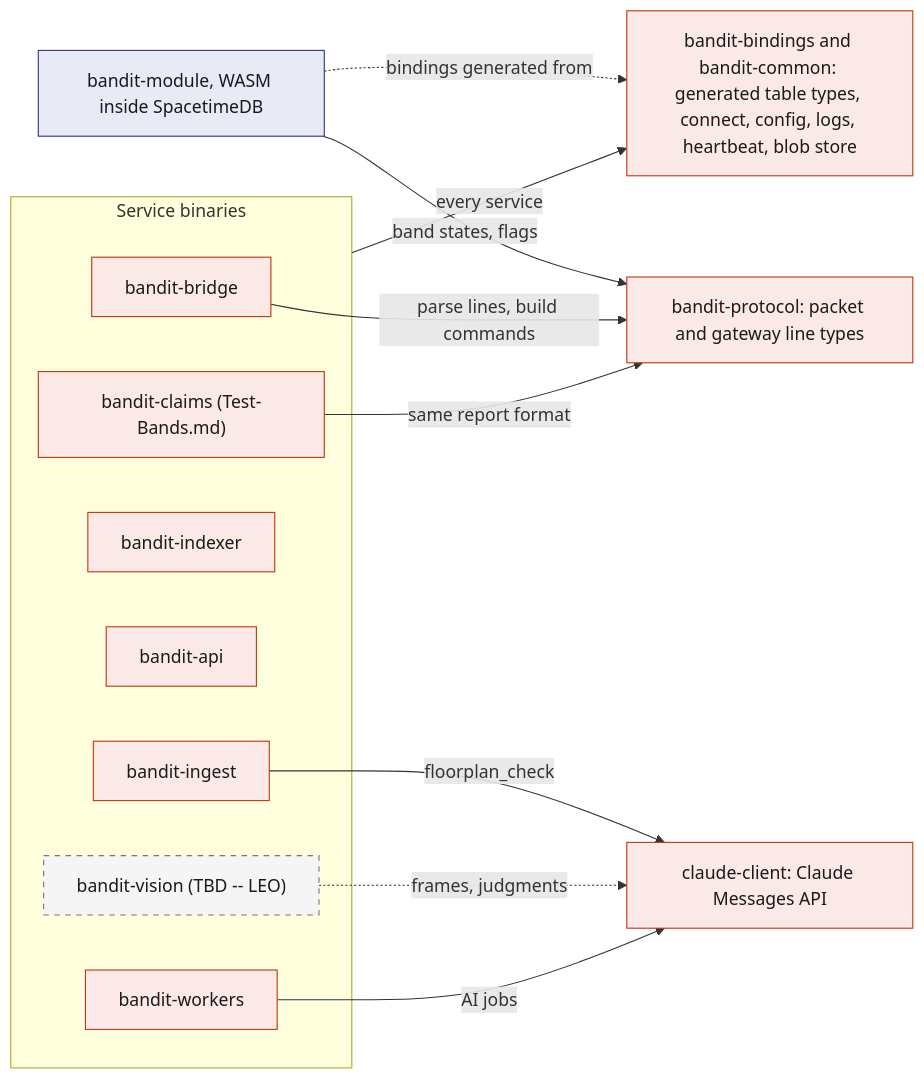
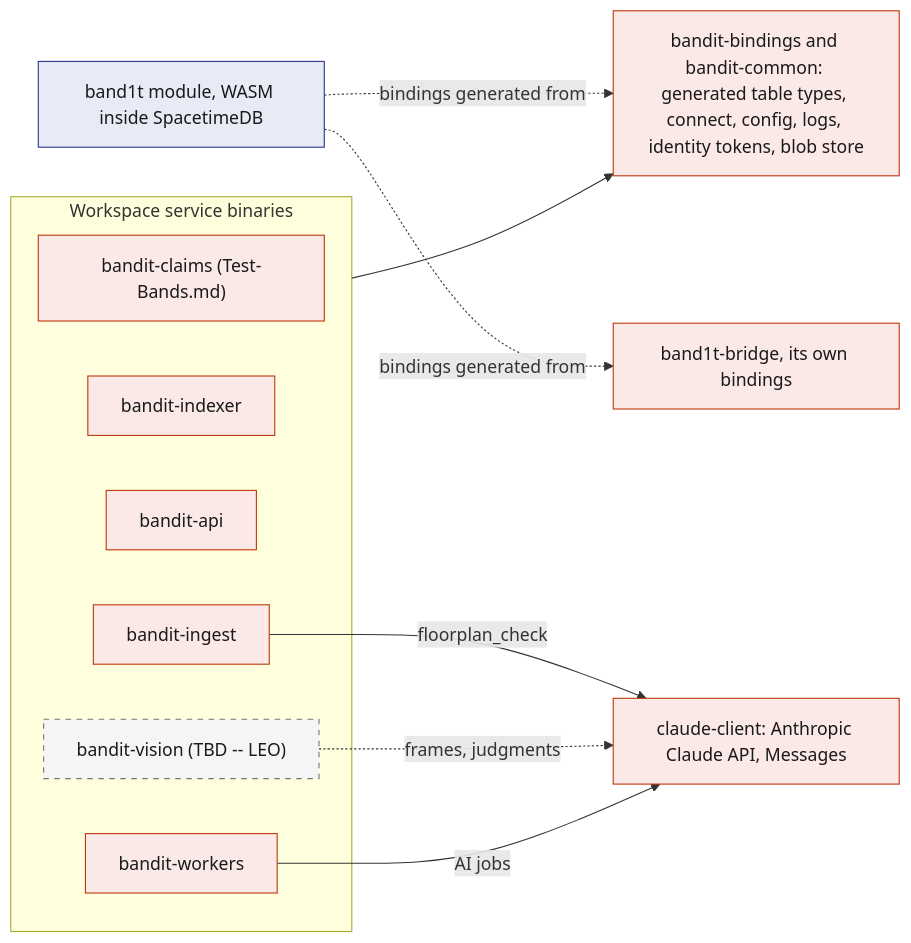
The first of 4 diagrams in System Design/3-services/Rust-Backend.md (viktorinkov/cal-hacks-13), drawn with Mermaid before and after one commit. The commit also changed other lines of this file and 26 other files, not shown here.

````diff
--- a/System Design/3-services/Rust-Backend.md
+++ b/System Design/3-services/Rust-Backend.md
@@ -44,32 +48,29 @@
 ```mermaid
 flowchart LR
-  Module["bandit-module, WASM inside SpacetimeDB"]
-  subgraph Services["Service binaries"]
-    Bridge["bandit-bridge"]
+  Module["band1t module, WASM inside SpacetimeDB"]
+  Bridge["band1t-bridge, its own bindings"]
+  subgraph Services["Workspace service binaries"]
     Sim["bandit-claims (Test-Bands.md)"]
     Indexer["bandit-indexer"]
     API["bandit-api"]
     Ingest["bandit-ingest"]
     Vision["bandit-vision (TBD -- LEO)"]
     Workers["bandit-workers"]
   end
-  Shared["bandit-bindings and bandit-common: generated table types, connect, config, logs, heartbeat, blob store"]
-  Protocol["bandit-protocol: packet and gateway line types"]
-  ClaudeC["claude-client: Claude Messages API"]
+  Shared["bandit-bindings and bandit-common: generated table types, connect, config, logs, identity tokens, blob store"]
+  ClaudeC["claude-client: Anthropic Claude API, Messages"]
 
   Module -.->|"bindings generated from"| Shared
-  Services -->|"every service"| Shared
-  Module -->|"band states, flags"| Protocol
-  Bridge -->|"parse lines, build commands"| Protocol
-  Sim -->|"same report format"| Protocol
+  Module -.->|"bindings generated from"| Bridge
+  Services --> Shared
   Ingest -->|"floorplan_check"| ClaudeC
   Vision -.->|"frames, judgments"| ClaudeC
   Workers -->|"AI jobs"| ClaudeC
 
   classDef rust fill:#FBE9E7,stroke:#BF360C,color:#1A1A1A
   classDef stdb fill:#E8EAF6,stroke:#283593,color:#1A1A1A
   classDef tbd fill:#F5F5F5,stroke:#757575,color:#1A1A1A,stroke-dasharray:5 5
-  class Protocol,ClaudeC,Shared,Bridge,Sim,Ingest,Indexer,API,Workers rust
+  class ClaudeC,Shared,Bridge,Sim,Ingest,Indexer,API,Workers rust
   class Module stdb
   class Vision tbd
 ```
````
